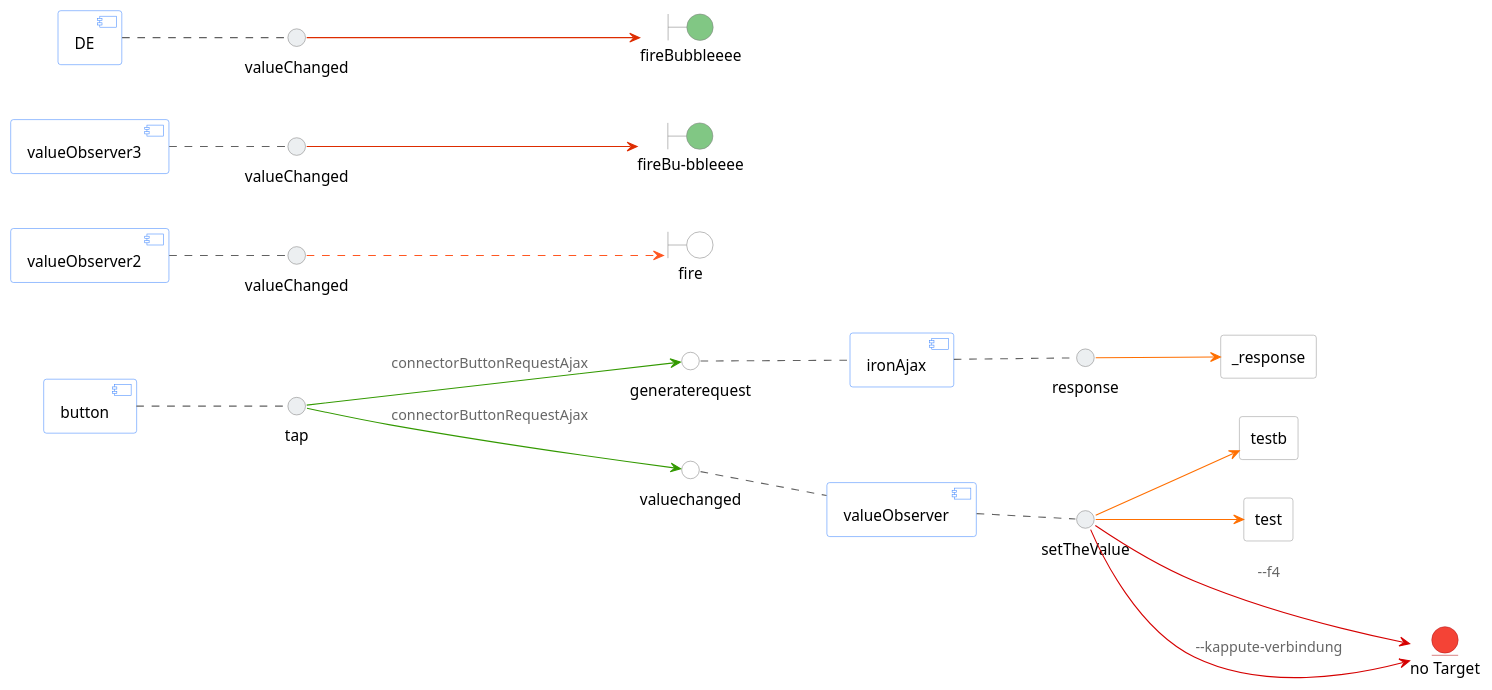
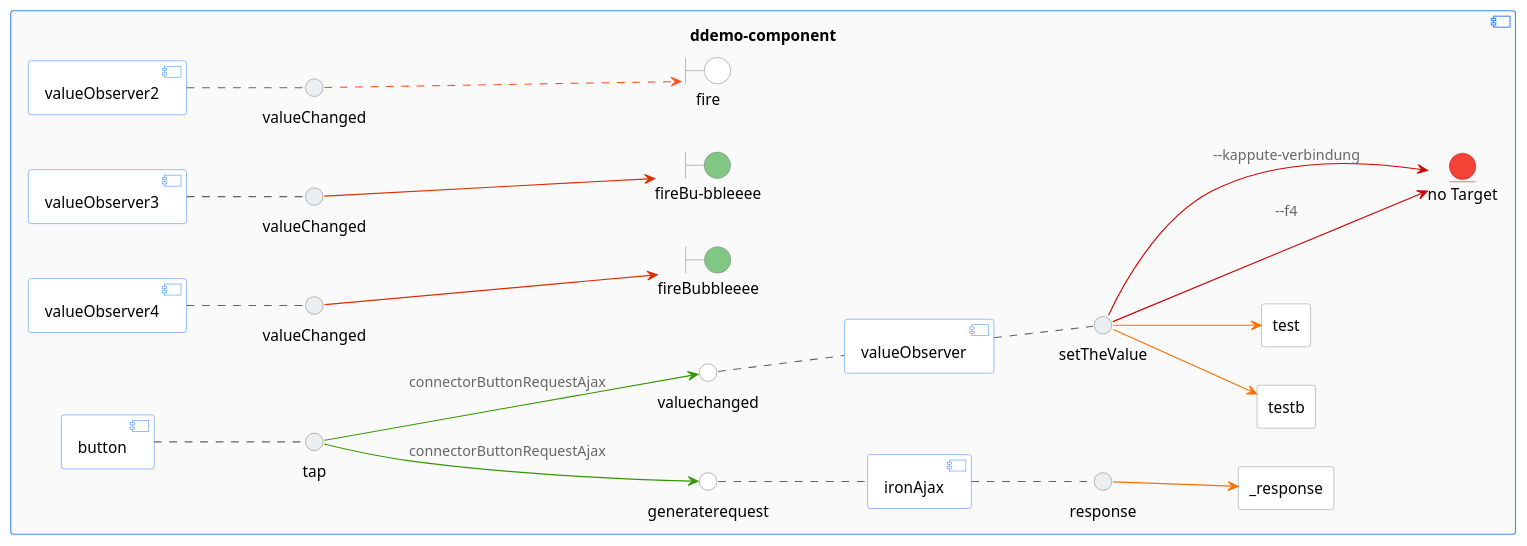
One commit to veith/flowbased-polymer changed the diagram in ksd.puml. Above: the diagram before and after it, drawn with PlantUML. The commit also changed 5 other files, not shown here.

```diff
--- a/ksd.puml
+++ b/ksd.puml
@@ -1,63 +1,64 @@
 @startuml
 left to right direction
  skinparam interface {
 backgroundColor lightgrey
 borderColor grey
 }
 skinparam boundary {
 backgroundColor lightgrey
 borderColor grey
 }
 skinparam entity {
 backgroundColor #f44336
 borderColor #b71c1c
 }
 skinparam component {
 ArrowColor #339900
 ArrowFontColor #666666
 borderColor #448AFF
 }
 skinparam agent {
 ArrowFontColor #666666
 borderColor #999999
 }
+component "ddemo-component" #FAFAFA{
 agent _response as valueelement_response #white
 component ironAjax #white
 agent testb as valueelementtestb #white
 component valueObserver #white
 agent test as valueelementtest #white
 boundary "fire" as fireFire #white
 component valueObserver2 #white
 boundary "fireBu-bbleeee" as firebubbleFirebuBbleeee #81C784
 component valueObserver3 #white
 boundary "fireBubbleeee" as firebubbleFirebubbleeee #81C784
-component "DE" as valueObserver4 #white
+component valueObserver4 #white
 component button #white
 interface generaterequest as interfaceGeneraterequestironAjax  #white
 interfaceGeneraterequestironAjax .. ironAjax #616161
 interface valuechanged as interfaceValuechangedvalueObserver  #white
 interfaceValuechangedvalueObserver .. valueObserver #616161
 interface response as interfaceResponseironAjax #ECEFF1
 ironAjax .. interfaceResponseironAjax #616161
 interfaceResponseironAjax --> valueelement_response #FF6F00
 interface setTheValue as interfaceSetTheValuevalueObserver #ECEFF1
 valueObserver .. interfaceSetTheValuevalueObserver #616161
 interfaceSetTheValuevalueObserver --> valueelementtestb #FF6F00
 interfaceSetTheValuevalueObserver --> valueelementtest #FF6F00
 interface valueChanged as interfaceValueChangedvalueObserver2 #ECEFF1
 valueObserver2 .. interfaceValueChangedvalueObserver2 #616161
 interfaceValueChangedvalueObserver2 ..> fireFire #FF5722
 interface valueChanged as interfaceValueChangedvalueObserver3 #ECEFF1
 valueObserver3 .. interfaceValueChangedvalueObserver3 #616161
 interfaceValueChangedvalueObserver3 --> firebubbleFirebuBbleeee #DD2C00
 interface valueChanged as interfaceValueChangedvalueObserver4 #ECEFF1
 valueObserver4 .. interfaceValueChangedvalueObserver4 #616161
 interfaceValueChangedvalueObserver4 --> firebubbleFirebubbleeee #DD2C00
 interface tap as interfaceTapbutton #ECEFF1
 button .. interfaceTapbutton #616161
 entity "no Target" as XXXXXnirvanaXXXXX
 interfaceSetTheValuevalueObserver --->  XXXXXnirvanaXXXXX  #d50000 :--f4
 interfaceSetTheValuevalueObserver --->  XXXXXnirvanaXXXXX  #d50000 :--kappute-verbindung
 interfaceTapbutton --> interfaceGeneraterequestironAjax :connectorButtonRequestAjax
 interfaceTapbutton --> interfaceValuechangedvalueObserver :connectorButtonRequestAjax
 @enduml
```
